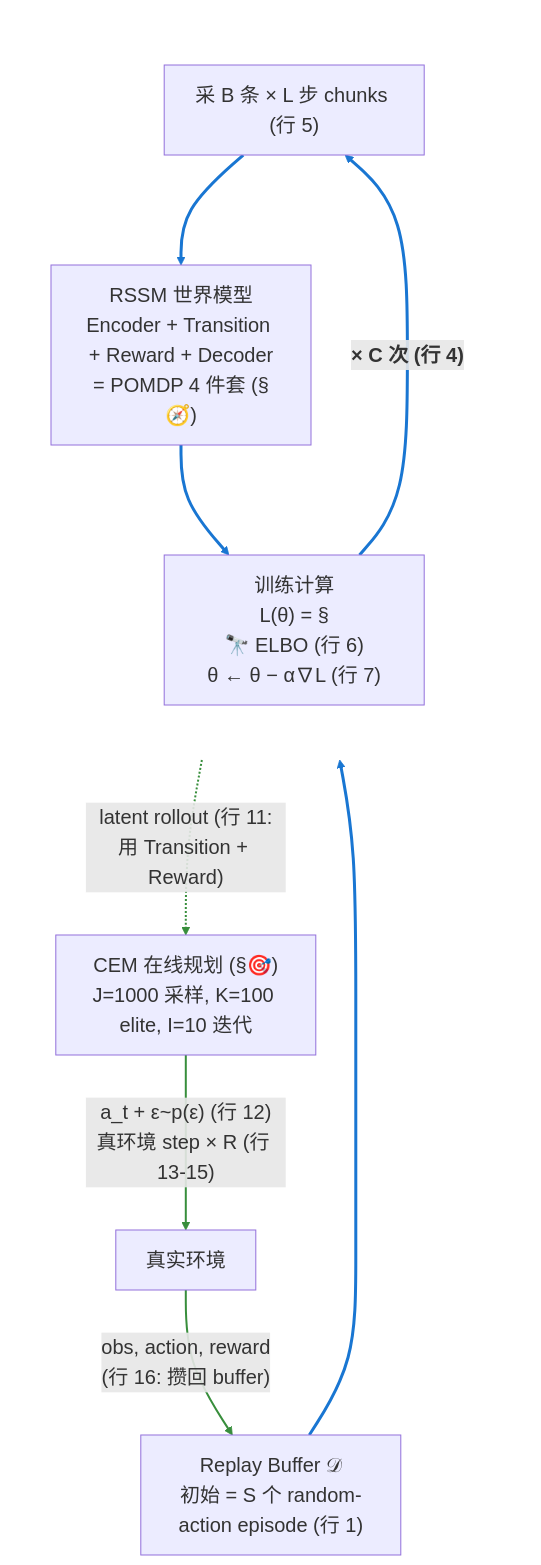
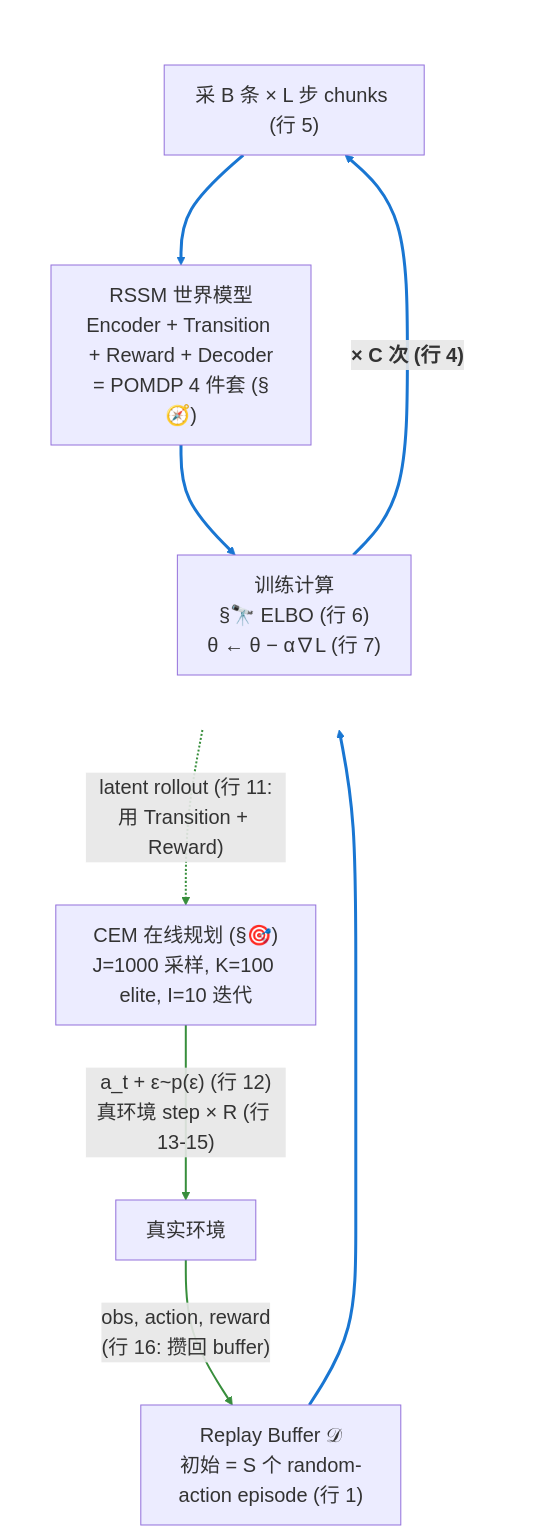
One commit to jinxinzhou/world-model-study changed the seventh of 7 diagrams in World-Model-学习笔记.md. Above: the diagram before and after it, drawn with Mermaid. The commit also changed 1 other file, not shown here.

Commit message:
docs: drop 'L(theta) =' from train box so ELBO line fits on one line

````diff
--- a/World-Model-学习笔记.md
+++ b/World-Model-学习笔记.md
@@ -2154,33 +2154,33 @@
 ```mermaid
 %%{init: {'themeVariables': {'fontSize': '20px'}, 'flowchart': {'nodeSpacing': 60, 'rankSpacing': 85}}}%%
 flowchart TD
     Env["真实环境"]
     Buffer["Replay Buffer 𝒟<br/>初始 = S 个 random-action episode (行 1)"]
 
     subgraph A_phase [" "]
         direction TB
         Sample["采 B 条 × L 步 chunks (行 5)"]
         RSSM["RSSM 世界模型<br/>Encoder + Transition + Reward + Decoder<br/>= POMDP 4 件套 (§🧭)"]
-        Train["训练计算<br/>L(θ)&nbsp;=&nbsp;§🔭&nbsp;ELBO&nbsp;(行&nbsp;6)<br/>θ ← θ − α∇L (行 7)"]
+        Train["训练计算<br/>§🔭 ELBO (行 6)<br/>θ ← θ − α∇L (行 7)"]
         Train -->|"<b>× C 次 (行 4)</b>"| Sample
         Sample --> RSSM
         RSSM --> Train
     end
 
     CEM["CEM 在线规划 (§🎯)<br/>J=1000 采样, K=100 elite, I=10 迭代"]
 
     Env -->|"obs, action, reward<br/>(行 16: 攒回 buffer)"| Buffer
     Buffer --> Sample
     RSSM -.->|"latent rollout (行 11:<br/>用 Transition + Reward)"| CEM
     CEM -->|"a_t + ε~p(ε) (行 12)<br/>真环境 step × R (行 13-15)"| Env
 
     style A_phase fill:transparent,stroke:transparent
 
     linkStyle 0 stroke:#1976d2,stroke-width:3px
     linkStyle 1 stroke:#1976d2,stroke-width:3px
     linkStyle 2 stroke:#1976d2,stroke-width:3px
     linkStyle 3 stroke:#388e3c,stroke-width:2px
     linkStyle 4 stroke:#1976d2,stroke-width:3px
     linkStyle 5 stroke:#388e3c,stroke-width:2px
     linkStyle 6 stroke:#388e3c,stroke-width:2px
 ```
````
